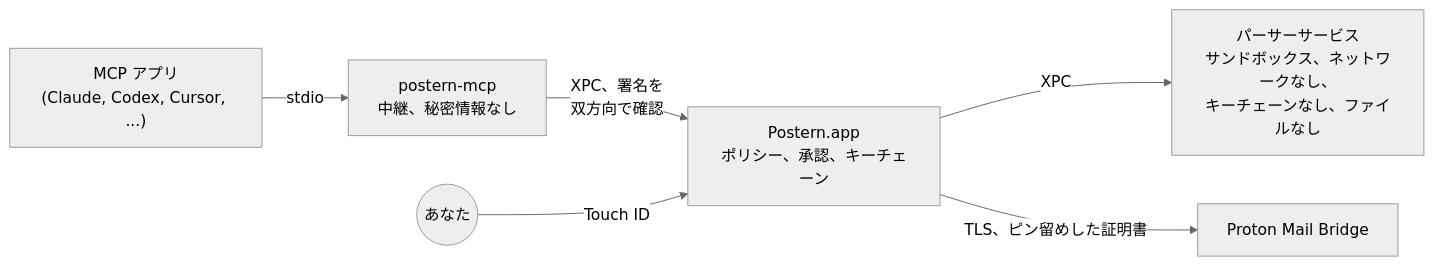
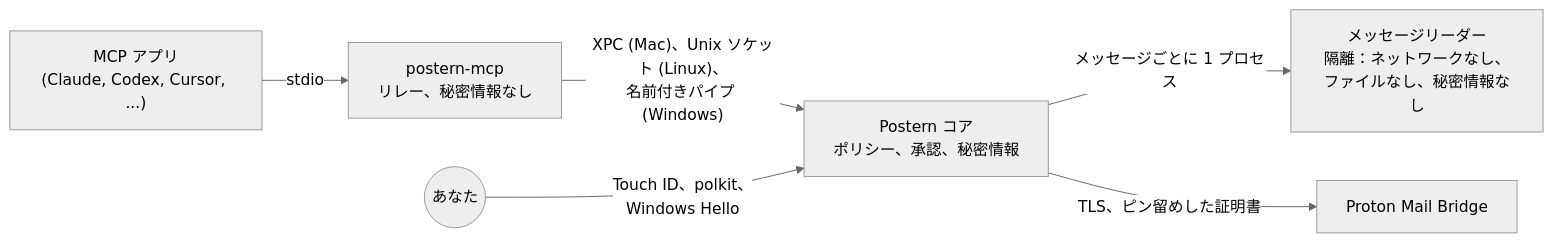
One commit to ruben4reall/postern changed the diagram in README.ja.md. Above: the diagram before and after it, drawn with Mermaid (neutral theme). The commit also changed other lines of this file and 30 other files, not shown here.

````diff
--- a/README.ja.md
+++ b/README.ja.md
@@ -293,8 +322,8 @@
 ```mermaid
 flowchart LR
-    client["MCP アプリ<br>(Claude, Codex, Cursor, ...)"] -- "stdio" --> relay["postern-mcp<br>中継、秘密情報なし"]
-    relay -- "XPC、署名を<br>双方向で確認" --> core["Postern.app<br>ポリシー、承認、キーチェーン"]
-    core -- "XPC" --> parser["パーサーサービス<br>サンドボックス、ネットワークなし、<br>キーチェーンなし、ファイルなし"]
+    client["MCP アプリ<br>(Claude, Codex, Cursor, ...)"] -- "stdio" --> relay["postern-mcp<br>リレー、秘密情報なし"]
+    relay -- "XPC (Mac)、Unix ソケット (Linux)、<br>名前付きパイプ (Windows)" --> core["Postern コア<br>ポリシー、承認、秘密情報"]
+    core -- "メッセージごとに 1 プロセス" --> parser["メッセージリーダー<br>隔離：ネットワークなし、<br>ファイルなし、秘密情報なし"]
     core -- "TLS、ピン留めした証明書" --> bridge["Proton Mail Bridge"]
-    you(("あなた")) -- "Touch ID" --> core
+    you(("あなた")) -- "Touch ID、polkit、<br>Windows Hello" --> core
 ```
````
